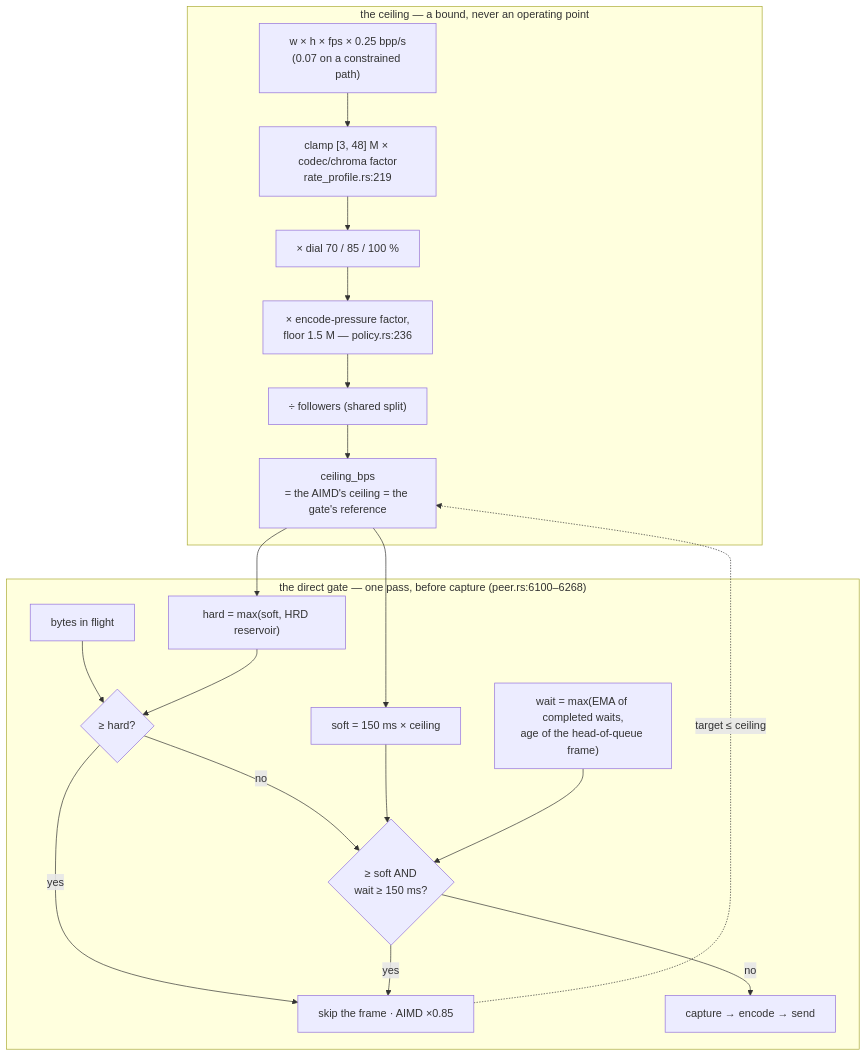
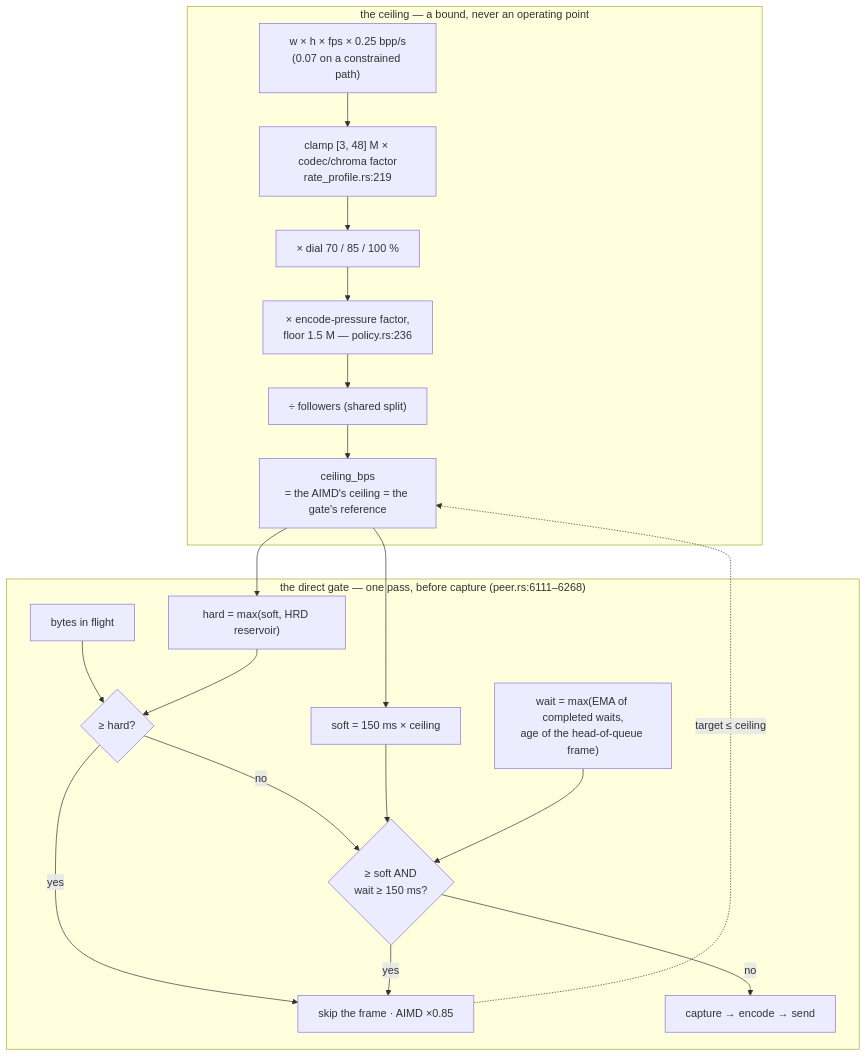
Before and after one commit to gjovanov/roomler-ai: the third of 4 diagrams in docs/rate-control.md, drawn with Mermaid. The commit also changed other lines of this file and 42 other files, not shown here.

````diff
--- a/docs/rate-control.md
+++ b/docs/rate-control.md
@@ -340,24 +340,24 @@
 ```mermaid
 flowchart TB
     subgraph ceiling["the ceiling — a bound, never an operating point"]
         G["w × h × fps × 0.25 bpp/s<br/>(0.07 on a constrained path)"] --> C["clamp [3, 48] M × codec/chroma factor<br/>rate_profile.rs:219"]
         C --> D["× dial 70 / 85 / 100 %"]
         D --> E["× encode-pressure factor,<br/>floor 1.5 M — policy.rs:236"]
         E --> S["÷ followers (shared split)"]
         S --> CEIL["ceiling_bps<br/>= the AIMD's ceiling = the gate's reference"]
     end
-    subgraph gate["the direct gate — one pass, before capture (peer.rs:6100–6268)"]
+    subgraph gate["the direct gate — one pass, before capture (peer.rs:6111–6268)"]
         CEIL --> SOFT["soft = 150 ms × ceiling"]
         CEIL --> HARD["hard = max(soft, HRD reservoir)"]
         W["wait = max(EMA of completed waits,<br/>age of the head-of-queue frame)"]
         Q["bytes in flight"] --> H{"≥ hard?"}
         HARD --> H
         H -- yes --> TRIP["skip the frame · AIMD ×0.85"]
         H -- no --> SQ{"≥ soft AND<br/>wait ≥ 150 ms?"}
         SOFT --> SQ
         W --> SQ
         SQ -- yes --> TRIP
         SQ -- no --> PASS["capture → encode → send"]
     end
     TRIP -.->|"target ≤ ceiling"| CEIL
 ```
````
